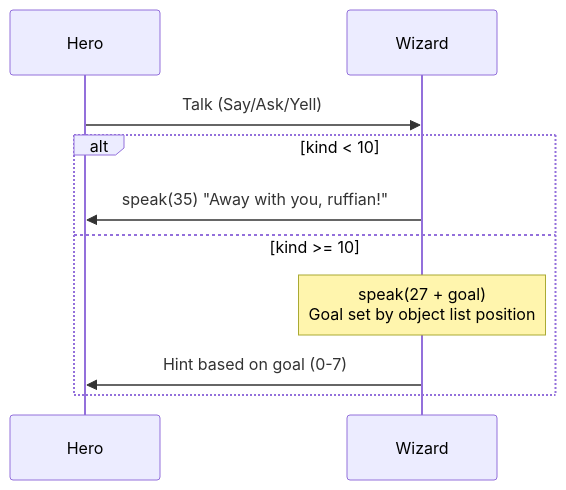
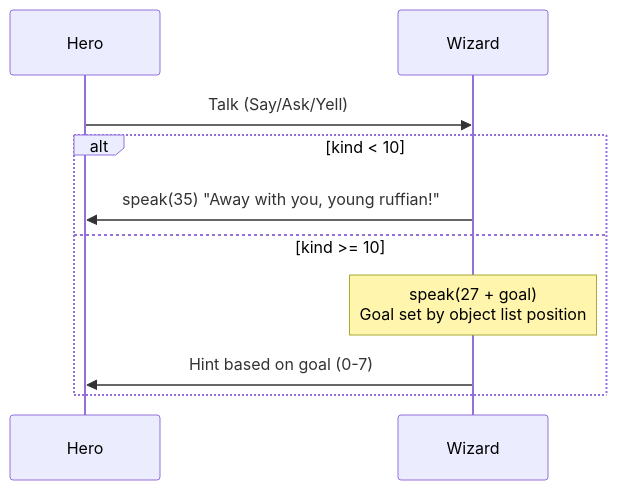
Before and after one commit to bacomatic/faery-tale-rs: diagram 13 of 18 in reference/STORYLINE-npcs.md, drawn with Mermaid. The commit also changed other lines of this file and 20 other files, not shown here.

````diff
--- a/reference/STORYLINE-npcs.md
+++ b/reference/STORYLINE-npcs.md
@@ -277,14 +277,14 @@
 ```mermaid
 sequenceDiagram
     participant Hero
     participant Wizard
 
     Hero->>Wizard: Talk (Say/Ask/Yell)
 
     alt kind < 10
-        Wizard->>Hero: speak(35) "Away with you, ruffian!"
+        Wizard->>Hero: speak(35) "Away with you, young ruffian!"
     else kind >= 10
         Note over Wizard: speak(27 + goal)<br>Goal set by object list position
         Wizard->>Hero: Hint based on goal (0-7)
     end
 ```
````
